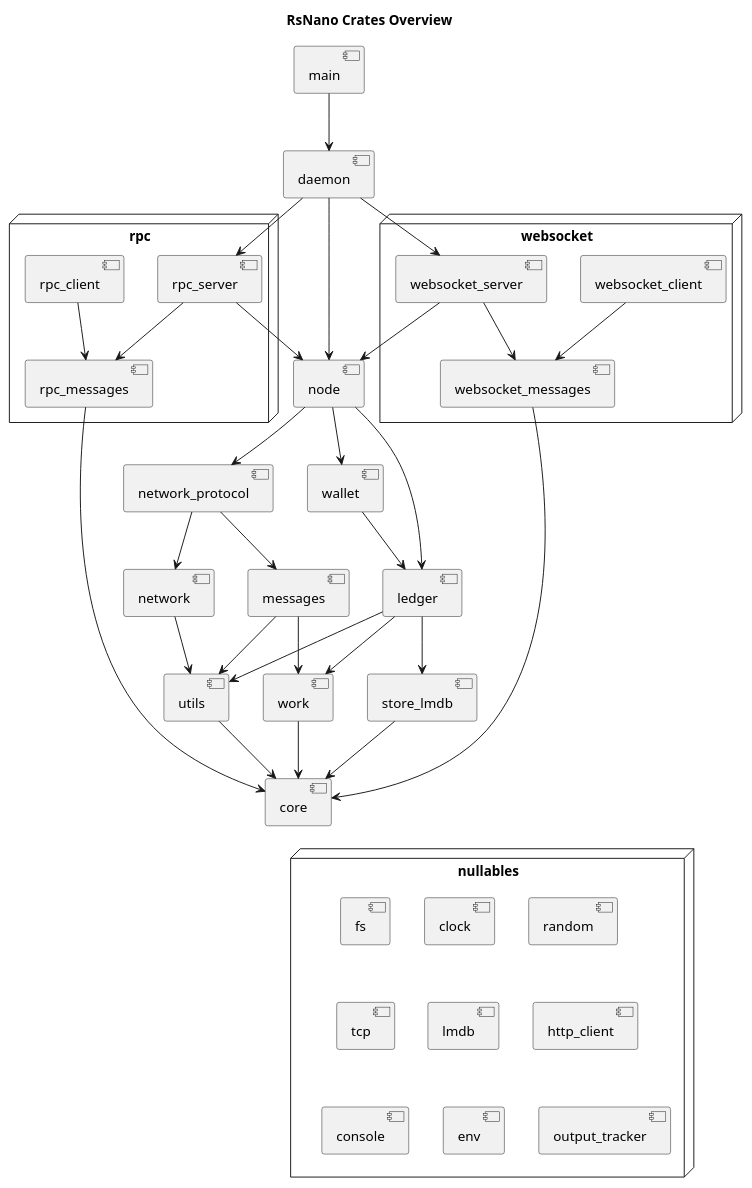
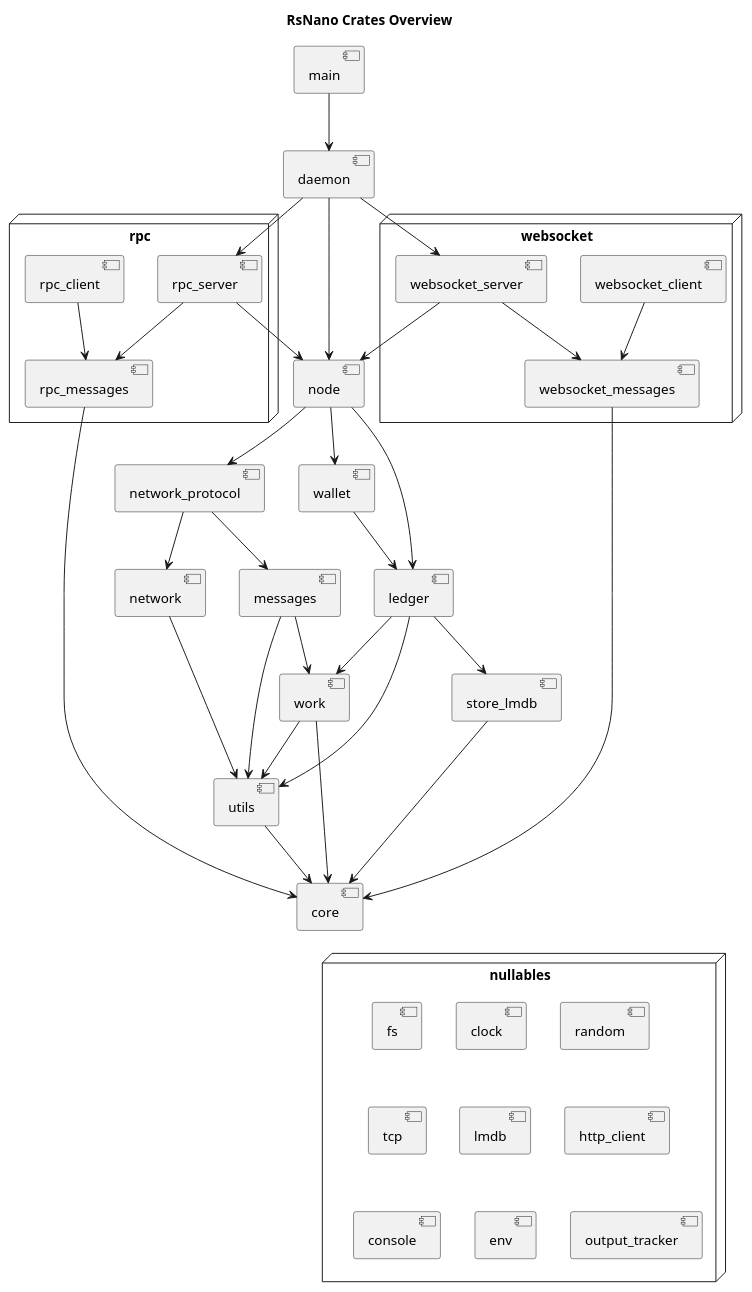
Before and after one commit to RickiNano/nano-node: the diagram in doc/crates.puml, drawn with PlantUML. The commit also changed 52 other files, not shown here.

```diff
--- a/doc/crates.puml
+++ b/doc/crates.puml
@@ -1,69 +1,70 @@
 @startuml
 title RsNano Crates Overview
 
 [core]
 [work]
 [utils]
 [ledger]
 [store_lmdb]
 [messages]
 [network]
 [network_protocol]
 [daemon]
 [node]
 [main]
 [wallet]
 
 node "rpc"{
 [rpc_messages]
 [rpc_server]
 [rpc_client]
 }
 
 node "websocket"{
 [websocket_messages]
 [websocket_server]
 [websocket_client]
 }
 
 node "nullables" {
 [fs]
 [clock]
 [random]
 [tcp]
 [lmdb]
 [http_client]
 [console]
 [env]
 [output_tracker]
 }
 
 [main] --> [daemon]
 [daemon] --> [node]
 [daemon] --> [rpc_server]
 [daemon] --> [websocket_server]
 [rpc_server] --> [node]
 [rpc_server] --> [rpc_messages]
 [rpc_client] --> [rpc_messages]
 [rpc_messages] --> [core]
 [node] --> [ledger]
 [node] --> [network_protocol]
 [node] --> [wallet]
 [network_protocol] --> messages
 [network_protocol] --> network
 [websocket_server] --> [websocket_messages]
 [websocket_server] --> [node]
 [websocket_messages] --> [core]
 [websocket_client] --> [websocket_messages]
 [messages] --> [work]
 [messages] --> [utils]
 [network] --> [utils]
 [ledger] --> [store_lmdb]
 [ledger] --> [work]
 [ledger] --> [utils]
 [store_lmdb] --> [core]
 [work] --> [core]
+[work] --> [utils]
 [utils] --> [core]
 [wallet] --> [ledger]
 [core] -[hidden]-> "nullables"
 @enduml
```
